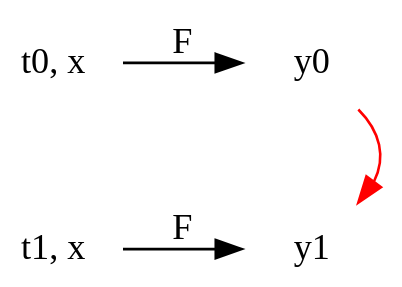
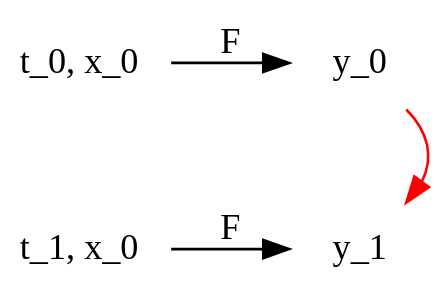
One commit to cympfh/cympfh.github.io changed the diagram in aiura/tsuboi-6.md. Above: the diagram before and after it, drawn with Graphviz. The commit also changed other lines of this file and 2 other files, not shown here.

````diff
--- a/aiura/tsuboi-6.md
+++ b/aiura/tsuboi-6.md
@@ -38,14 +63,16 @@
 ```dot
 digraph {
     node [shape=plaintext];
     bgcolor=transparent;
     rankdir=LR;
     x0 -> y0 [label=F];
     x1 -> y1 [label=F];
-    x0 [label="t0, x"];
-    x1 [label="t1, x"];
+    x0 [label="t_0, x_0"];
+    x1 [label="t_1, x_0"];
+    y0 [label="y_0"];
+    y1 [label="y_1"];
     y0:se -> y1:ne [color=red];
     {rank=same x0 x1}
     {rank=same y0 y1}
 }
 ```
````
